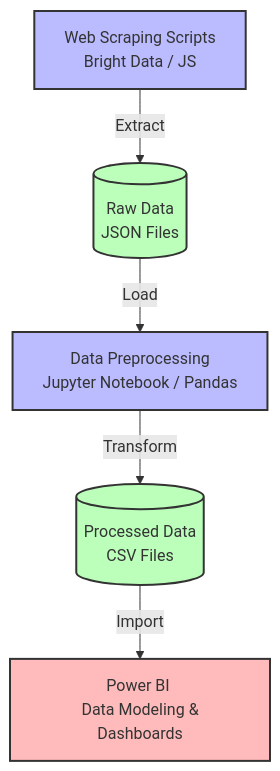
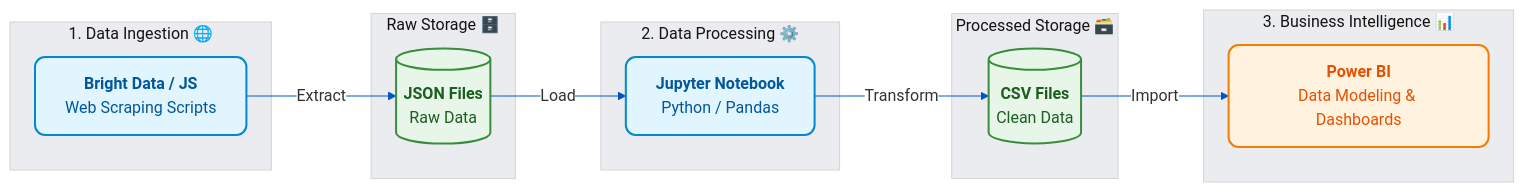
Before and after one commit to AhsanN51/T20_CricketData_Analysis: the diagram in architecture.mmd, drawn with Mermaid. The commit also changed 1 other file, not shown here.

```diff
--- a/architecture.mmd
+++ b/architecture.mmd
@@ -1,9 +1,30 @@
-graph TD
-    classDef process fill:#bbf,stroke:#333,stroke-width:2px;
-    classDef storage fill:#bfb,stroke:#333,stroke-width:2px;
-    classDef bi fill:#fbb,stroke:#333,stroke-width:2px;
+%%{init: {'theme': 'base', 'themeVariables': { 'primaryColor': '#ffffff', 'primaryTextColor': '#333333', 'primaryBorderColor': '#0052cc', 'lineColor': '#0052cc', 'tertiaryColor': '#ebecf0'}}}%%
+graph LR
+    subgraph Ingestion["1. Data Ingestion 🌐"]
+        A[<b>Bright Data / JS</b><br/>Web Scraping Scripts]:::process
+    end
 
-    A[Web Scraping Scripts <br/> Bright Data / JS]:::process -->|Extract| B[(Raw Data<br/>JSON Files)]:::storage
-    B -->|Load| C[Data Preprocessing <br/> Jupyter Notebook / Pandas]:::process
-    C -->|Transform| D[(Processed Data<br/>CSV Files)]:::storage
-    D -->|Import| E[Power BI <br/> Data Modeling & Dashboards]:::bi
+    subgraph Storage1["Raw Storage 🗄️"]
+        B[(<b>JSON Files</b><br/>Raw Data)]:::storage
+    end
+
+    subgraph Processing["2. Data Processing ⚙️"]
+        C[<b>Jupyter Notebook</b><br/>Python / Pandas]:::process
+    end
+
+    subgraph Storage2["Processed Storage 🗃️"]
+        D[(<b>CSV Files</b><br/>Clean Data)]:::storage
+    end
+
+    subgraph BI["3. Business Intelligence 📊"]
+        E[<b>Power BI</b><br/>Data Modeling & Dashboards]:::bi
+    end
+
+    A -->|Extract| B
+    B -->|Load| C
+    C -->|Transform| D
+    D -->|Import| E
+
+    classDef process fill:#e1f5fe,stroke:#0288d1,stroke-width:2px,color:#01579b,rx:10px,ry:10px;
+    classDef storage fill:#e8f5e9,stroke:#388e3c,stroke-width:2px,color:#1b5e20,rx:5px,ry:5px;
+    classDef bi fill:#fff3e0,stroke:#f57c00,stroke-width:2px,color:#e65100,rx:10px,ry:10px;
```
